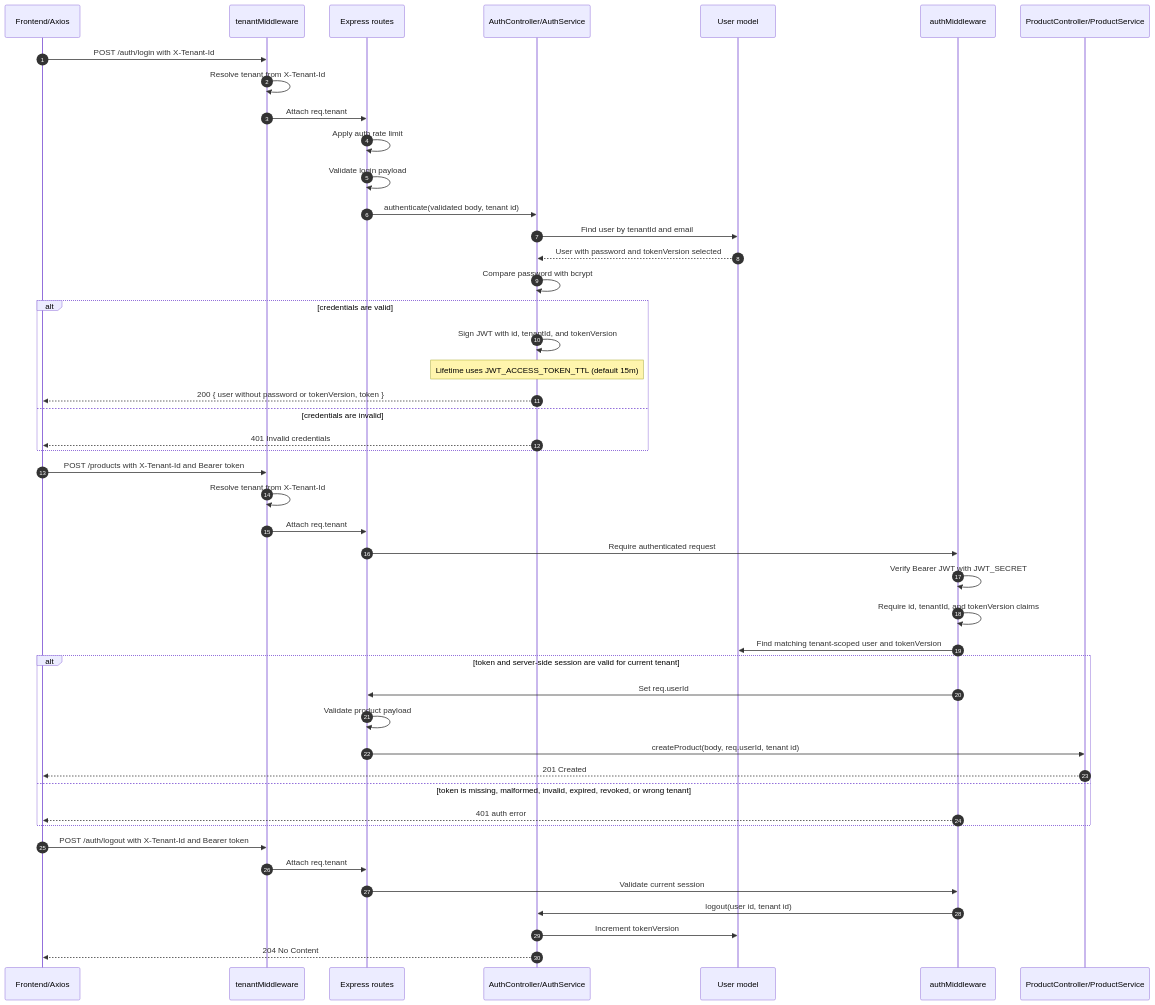
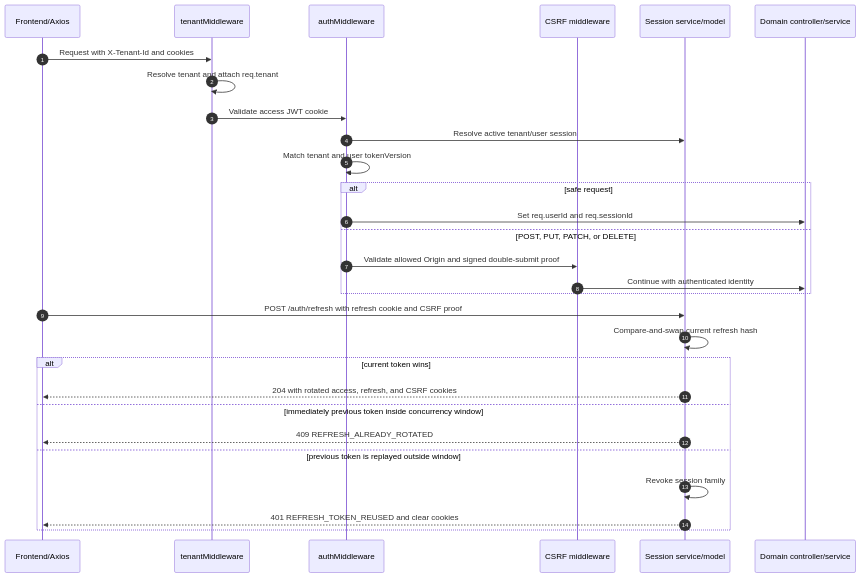
Before and after one commit to viniciuspizettadesouza/ufsc-dso2-trabalho1-mercadozetta: the third of 3 diagrams in docs/authentication-flow.md, drawn with Mermaid. The commit also changed other lines of this file and 79 other files, not shown here.

Commit message:
feat: replace bearer tokens with rotating cookie sessions

````diff
--- a/docs/authentication-flow.md
+++ b/docs/authentication-flow.md
@@ -84,53 +87,34 @@
 ```mermaid
 sequenceDiagram
     autonumber
     participant Client as Frontend/Axios
     participant Tenant as tenantMiddleware
-    participant Routes as Express routes
-    participant Auth as AuthController/AuthService
-    participant UserModel as User model
-    participant AuthMw as authMiddleware
-    participant Product as ProductController/ProductService
+    participant Auth as authMiddleware
+    participant CSRF as CSRF middleware
+    participant Session as Session service/model
+    participant Domain as Domain controller/service
 
-    Client->>Tenant: POST /auth/login with X-Tenant-Id
-    Tenant->>Tenant: Resolve tenant from X-Tenant-Id
-    Tenant->>Routes: Attach req.tenant
-    Routes->>Routes: Apply auth rate limit
-    Routes->>Routes: Validate login payload
-    Routes->>Auth: authenticate(validated body, tenant id)
-    Auth->>UserModel: Find user by tenantId and email
-    UserModel-->>Auth: User with password and tokenVersion selected
-    Auth->>Auth: Compare password with bcrypt
+    Client->>Tenant: Request with X-Tenant-Id and cookies
+    Tenant->>Tenant: Resolve tenant and attach req.tenant
+    Tenant->>Auth: Validate access JWT cookie
+    Auth->>Session: Resolve active tenant/user session
+    Auth->>Auth: Match tenant and user tokenVersion
 
-    alt credentials are valid
-        Auth->>Auth: Sign JWT with id, tenantId, and tokenVersion
-        Note over Auth: Lifetime uses JWT_ACCESS_TOKEN_TTL (default 15m)
-        Auth-->>Client: 200 { user without password or tokenVersion, token }
-    else credentials are invalid
-        Auth-->>Client: 401 Invalid credentials
+    alt safe request
+        Auth->>Domain: Set req.userId and req.sessionId
+    else POST, PUT, PATCH, or DELETE
+        Auth->>CSRF: Validate allowed Origin and signed double-submit proof
+        CSRF->>Domain: Continue with authenticated identity
     end
 
-    Client->>Tenant: POST /products with X-Tenant-Id and Bearer token
-    Tenant->>Tenant: Resolve tenant from X-Tenant-Id
-    Tenant->>Routes: Attach req.tenant
-    Routes->>AuthMw: Require authenticated request
-    AuthMw->>AuthMw: Verify Bearer JWT with JWT_SECRET
-    AuthMw->>AuthMw: Require id, tenantId, and tokenVersion claims
-    AuthMw->>UserModel: Find matching tenant-scoped user and tokenVersion
-
-    alt token and server-side session are valid for current tenant
-        AuthMw->>Routes: Set req.userId
-        Routes->>Routes: Validate product payload
-        Routes->>Product: createProduct(body, req.userId, tenant id)
-        Product-->>Client: 201 Created
-    else token is missing, malformed, invalid, expired, revoked, or wrong tenant
-        AuthMw-->>Client: 401 auth error
+    Client->>Session: POST /auth/refresh with refresh cookie and CSRF proof
+    Session->>Session: Compare-and-swap current refresh hash
+    alt current token wins
+        Session-->>Client: 204 with rotated access, refresh, and CSRF cookies
+    else immediately previous token inside concurrency window
+        Session-->>Client: 409 REFRESH_ALREADY_ROTATED
+    else previous token is replayed outside window
+        Session->>Session: Revoke session family
+        Session-->>Client: 401 REFRESH_TOKEN_REUSED and clear cookies
     end
-
-    Client->>Tenant: POST /auth/logout with X-Tenant-Id and Bearer token
-    Tenant->>Routes: Attach req.tenant
-    Routes->>AuthMw: Validate current session
-    AuthMw->>Auth: logout(user id, tenant id)
-    Auth->>UserModel: Increment tokenVersion
-    Auth-->>Client: 204 No Content
 ```
````
